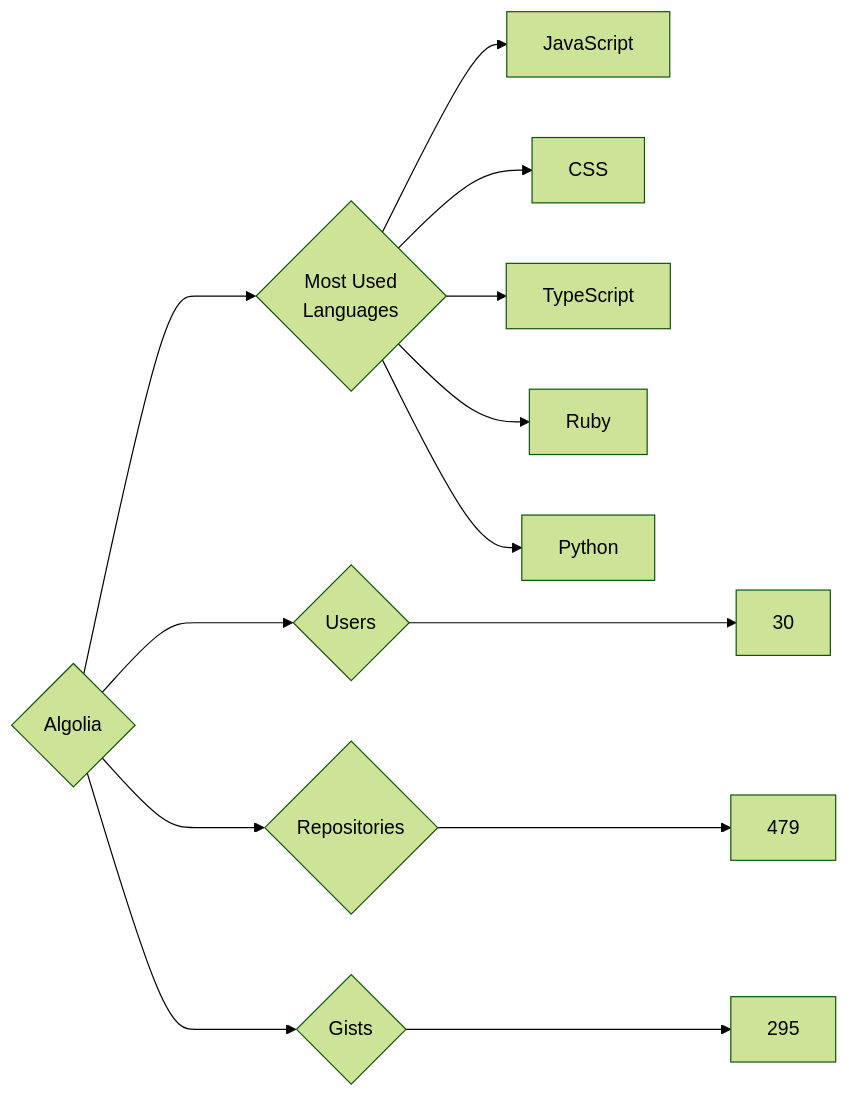
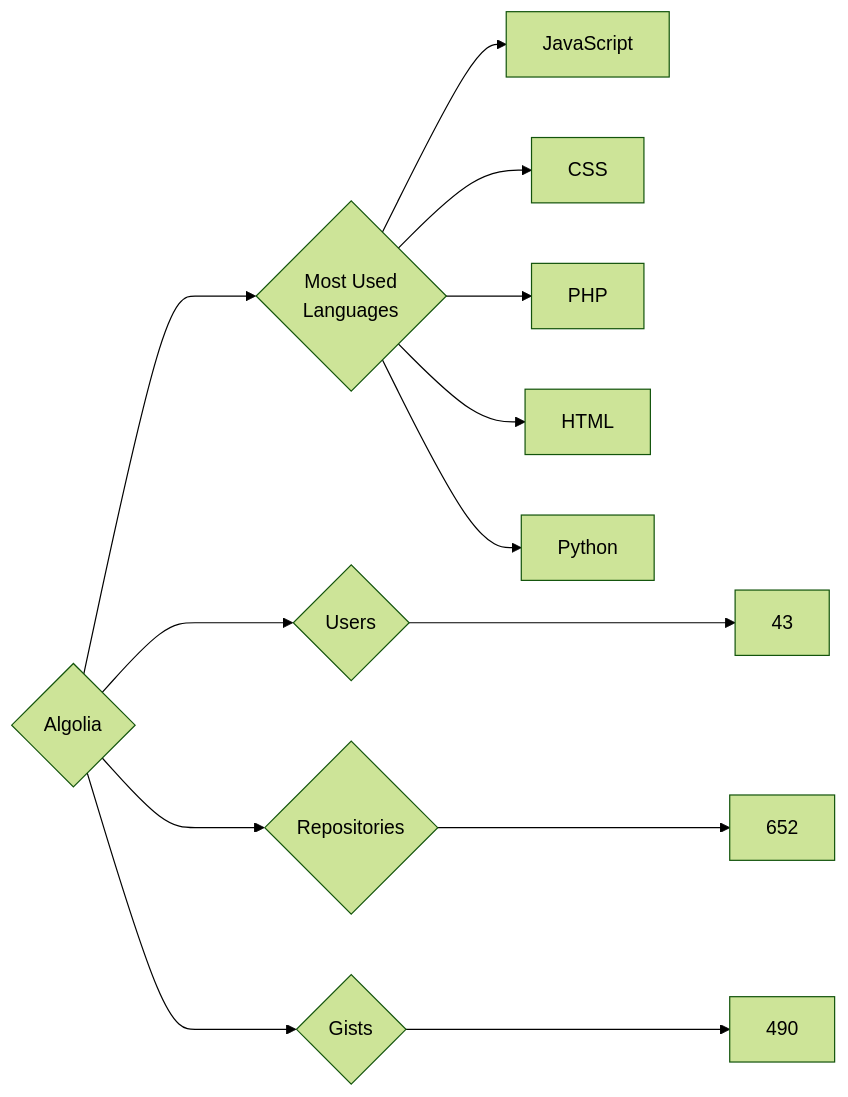
Before and after one commit to trickest/insiders: the diagram in targets/Algolia/README.md, drawn with Mermaid (forest theme). The commit also changed 714 other files, not shown here.

````diff
--- a/targets/Algolia/README.md
+++ b/targets/Algolia/README.md
@@ -3,13 +3,13 @@
 ```mermaid
 graph LR
 COMPANY_NAME{Algolia}
-COMPANY_NAME ---> U{Users} ---> UN[30]
-COMPANY_NAME ---> R{Repositories} ---> RN[479]
-COMPANY_NAME ---> G{Gists} ---> GN[295]
+COMPANY_NAME ---> U{Users} ---> UN[43]
+COMPANY_NAME ---> R{Repositories} ---> RN[652]
+COMPANY_NAME ---> G{Gists} ---> GN[490]
 COMPANY_NAME ---> ML{Most Used<br>Languages}
 ML --> JavaScript[JavaScript]
 ML --> CSS[CSS]
-ML --> TypeScript[TypeScript]
-ML --> Ruby[Ruby]
+ML --> PHP[PHP]
+ML --> HTML[HTML]
 ML --> Python[Python]
 ```
````
